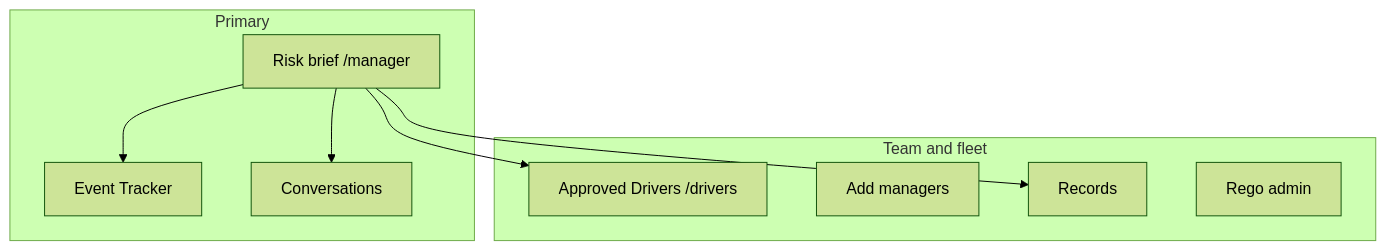
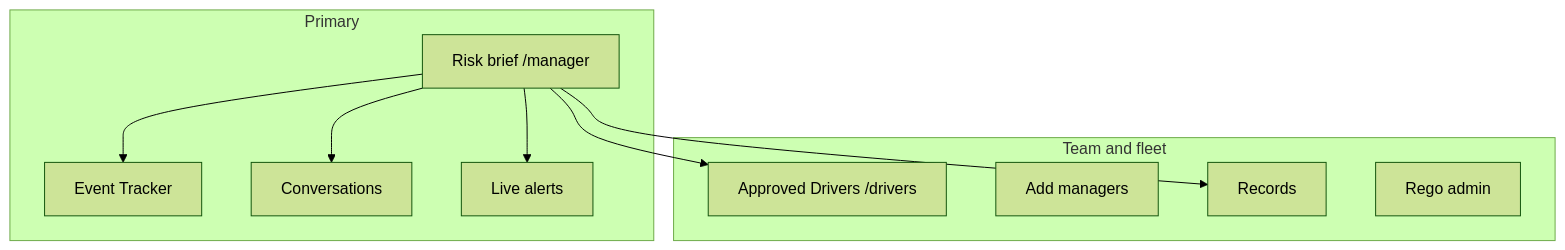
The diagram in app-next/docs/user-guides/manager-ui-guide.md (Rod-Shehan/fatigue-app-latest), drawn with Mermaid (forest theme) before and after one commit. The commit also changed other lines of this file and 11 other files, not shown here.

Commit message:
Put Live alerts on the desktop desk shell so Enterprise no longer looks like a phone queue.

````diff
--- a/app-next/docs/user-guides/manager-ui-guide.md
+++ b/app-next/docs/user-guides/manager-ui-guide.md
@@ -22,18 +22,20 @@
 ```mermaid
 flowchart TB
   subgraph primary [Primary]
     RB[Risk brief /manager]
     MAP[Event Tracker]
     MSG[Conversations]
+    ALT[Live alerts]
   end
   subgraph team [Team and fleet]
     DRV[Approved Drivers /drivers]
     MGR[Add managers]
     REC[Records]
     REG[Rego admin]
   end
   RB --> MAP
   RB --> MSG
+  RB --> ALT
   RB --> DRV
   RB --> REC
 ```
````
